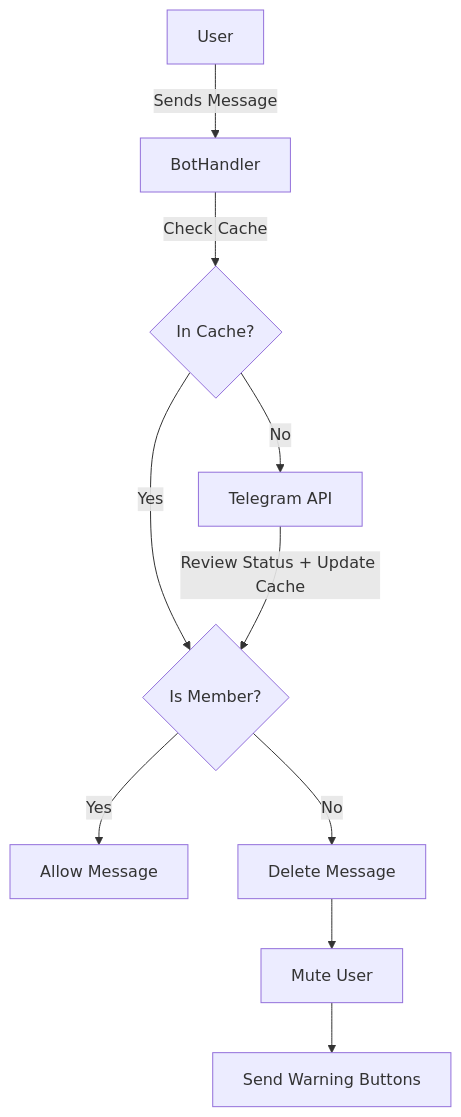
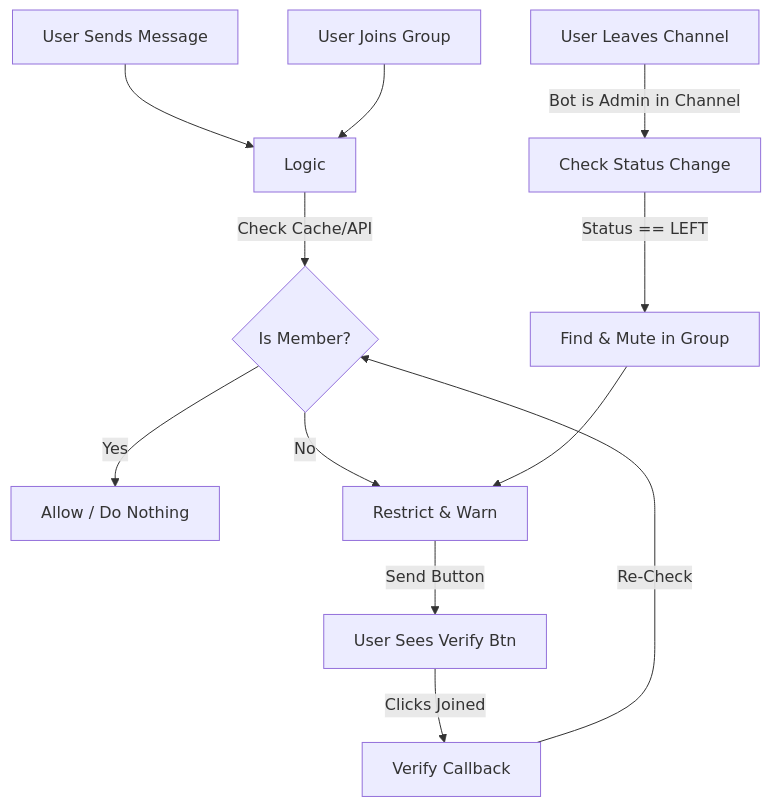
One commit to mohdakil2426/Nezuko-Telegram-Bot changed the diagram in memory-bank/systemPatterns.md. Above: the diagram before and after it, drawn with Mermaid. The commit also changed other lines of this file and 7 other files, not shown here.

````diff
--- a/memory-bank/systemPatterns.md
+++ b/memory-bank/systemPatterns.md
@@ -26,12 +41,21 @@
 ```mermaid
 graph TD
-    User[User] -->|Sends Message| BotHandler
-    BotHandler -->|Check Cache| Cache{In Cache?}
-    Cache -- Yes --> Status{Is Member?}
-    Cache -- No --> API[Telegram API]
-    API -->|Review Status + Update Cache| Status
-    Status -- Yes --> Allow[Allow Message]
-    Status -- No --> Delete[Delete Message]
-    Delete --> Mute[Mute User]
-    Mute --> Warn[Send Warning Buttons]
+    %% Events
+    Msg[User Sends Message] --> Logic
+    Join[User Joins Group] --> Logic
+    Leave[User Leaves Channel] -->|Bot is Admin in Channel| LeaveLogic[Check Status Change]
+
+    %% Logic Flow
+    LeaveLogic -->|Status == LEFT| StrictMute[Find & Mute in Group]
+    
+    Logic -->|Check Cache/API| IsMember{Is Member?}
+    IsMember -- Yes --> Allow[Allow / Do Nothing]
+    IsMember -- No --> Restrict[Restrict & Warn]
+
+    %% Actions
+    Restrict -->|Send Button| UserUI[User Sees Verify Btn]
+    UserUI -->|Clicks Joined| Callback[Verify Callback]
+    Callback -->|Re-Check| IsMember
+    
+    StrictMute --> Restrict
 ```
````
